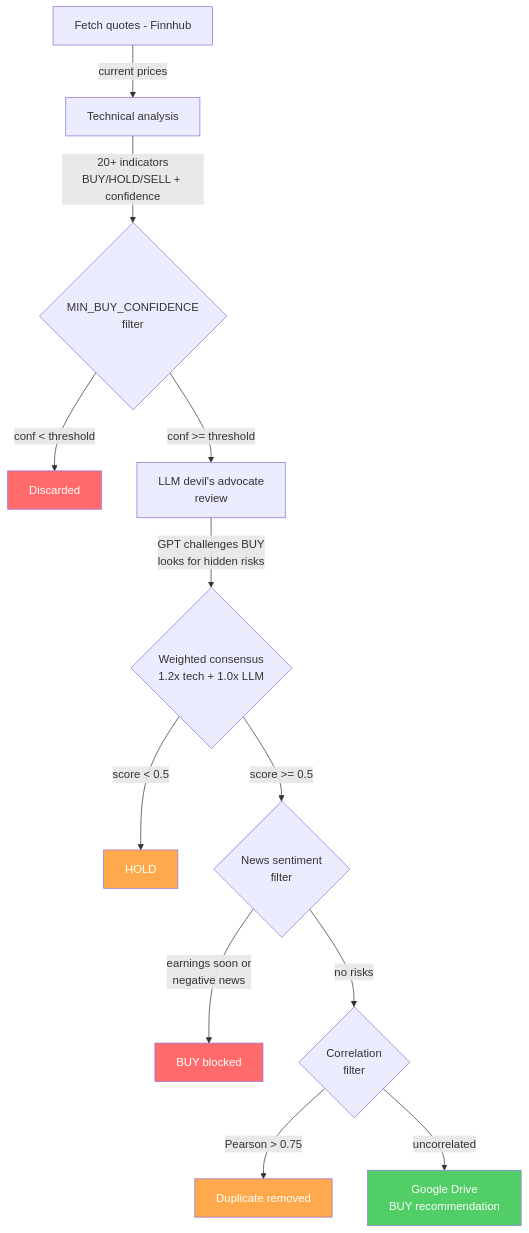
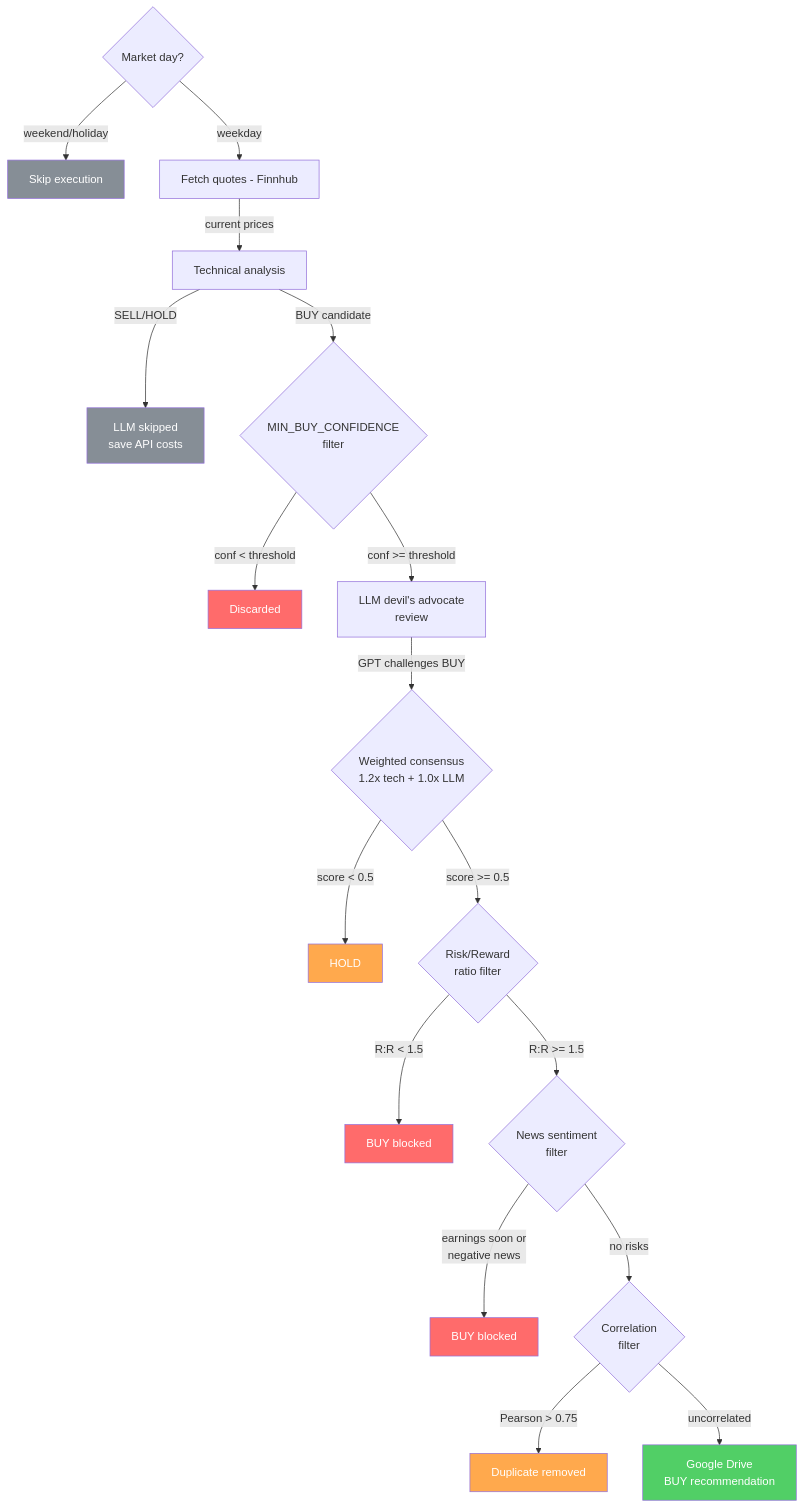
The diagram in README.md (manu-gt-hub/trading_advisor), drawn with Mermaid before and after one commit. The commit also changed other lines of this file and 4 other files, not shown here.

````diff
--- a/README.md
+++ b/README.md
@@ -120,20 +123,28 @@
 ```mermaid
 flowchart TD
-    A[Fetch quotes - Finnhub] -->|current prices| B[Technical analysis]
-    B -->|20+ indicators<br>BUY/HOLD/SELL + confidence| C{MIN_BUY_CONFIDENCE<br>filter}
+    Z{Market day?} -->|weekend/holiday| X0[Skip execution]
+    Z -->|weekday| A[Fetch quotes - Finnhub]
+    A -->|current prices| B[Technical analysis]
+    B -->|SELL/HOLD| S[LLM skipped<br>save API costs]
+    B -->|BUY candidate| C{MIN_BUY_CONFIDENCE<br>filter}
     C -->|conf < threshold| X1[Discarded]
     C -->|conf >= threshold| D[LLM devil's advocate<br>review]
-    D -->|GPT challenges BUY<br>looks for hidden risks| E{Weighted consensus<br>1.2x tech + 1.0x LLM}
+    D -->|GPT challenges BUY| E{Weighted consensus<br>1.2x tech + 1.0x LLM}
     E -->|score < 0.5| X2[HOLD]
-    E -->|score >= 0.5| F{News sentiment<br>filter}
+    E -->|score >= 0.5| RR{Risk/Reward<br>ratio filter}
+    RR -->|R:R < 1.5| X5[BUY blocked]
+    RR -->|R:R >= 1.5| F{News sentiment<br>filter}
     F -->|earnings soon or<br>negative news| X3[BUY blocked]
     F -->|no risks| G{Correlation<br>filter}
     G -->|Pearson > 0.75| X4[Duplicate removed]
     G -->|uncorrelated| H[Google Drive<br>BUY recommendation]
 
+    style X0 fill:#868e96,color:#fff
     style X1 fill:#ff6b6b,color:#fff
     style X2 fill:#ffa94d,color:#fff
     style X3 fill:#ff6b6b,color:#fff
     style X4 fill:#ffa94d,color:#fff
+    style X5 fill:#ff6b6b,color:#fff
+    style S fill:#868e96,color:#fff
     style H fill:#51cf66,color:#fff
 ```
````
